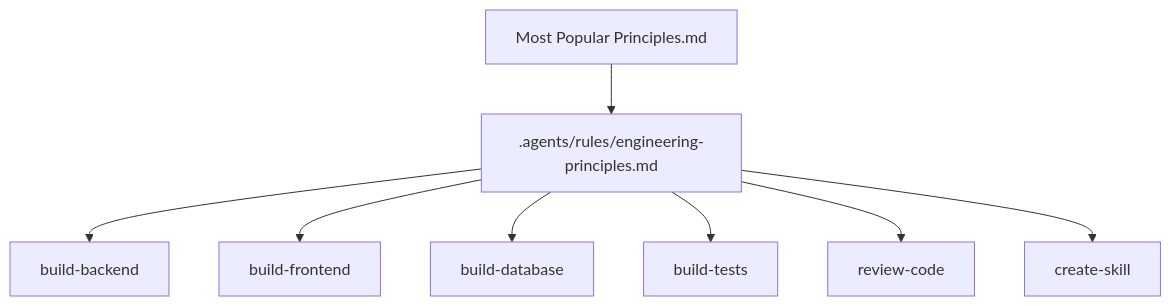
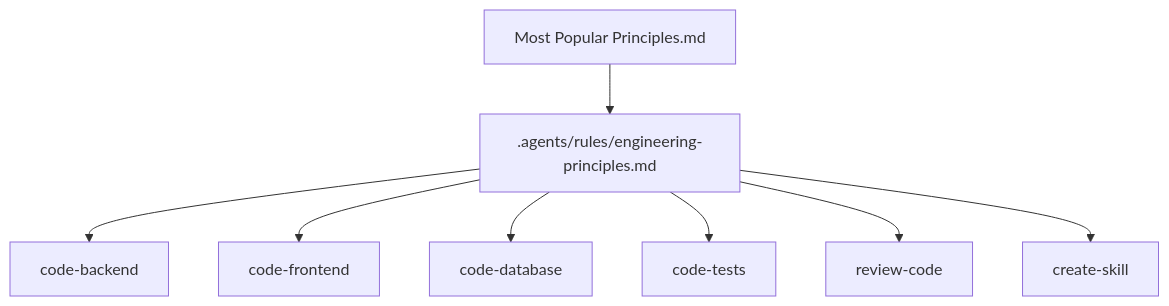
The diagram in docs/2026-05-23-design-principles/SPEC.md (PromptPasture/agent.md), drawn with Mermaid before and after one commit. The commit also changed other lines of this file and 161 other files, not shown here.

````diff
--- a/docs/2026-05-23-design-principles/SPEC.md
+++ b/docs/2026-05-23-design-principles/SPEC.md
@@ -207,10 +207,10 @@
 ```mermaid
 flowchart TD
     Source["Most Popular Principles.md"] --> Rule[".agents/rules/engineering-principles.md"]
-    Rule --> Backend["build-backend"]
-    Rule --> Frontend["build-frontend"]
-    Rule --> Database["build-database"]
-    Rule --> Tests["build-tests"]
+    Rule --> Backend["code-backend"]
+    Rule --> Frontend["code-frontend"]
+    Rule --> Database["code-database"]
+    Rule --> Tests["code-tests"]
     Rule --> Review["review-code"]
     Rule --> SkillAuthoring["create-skill"]
 ```
````
